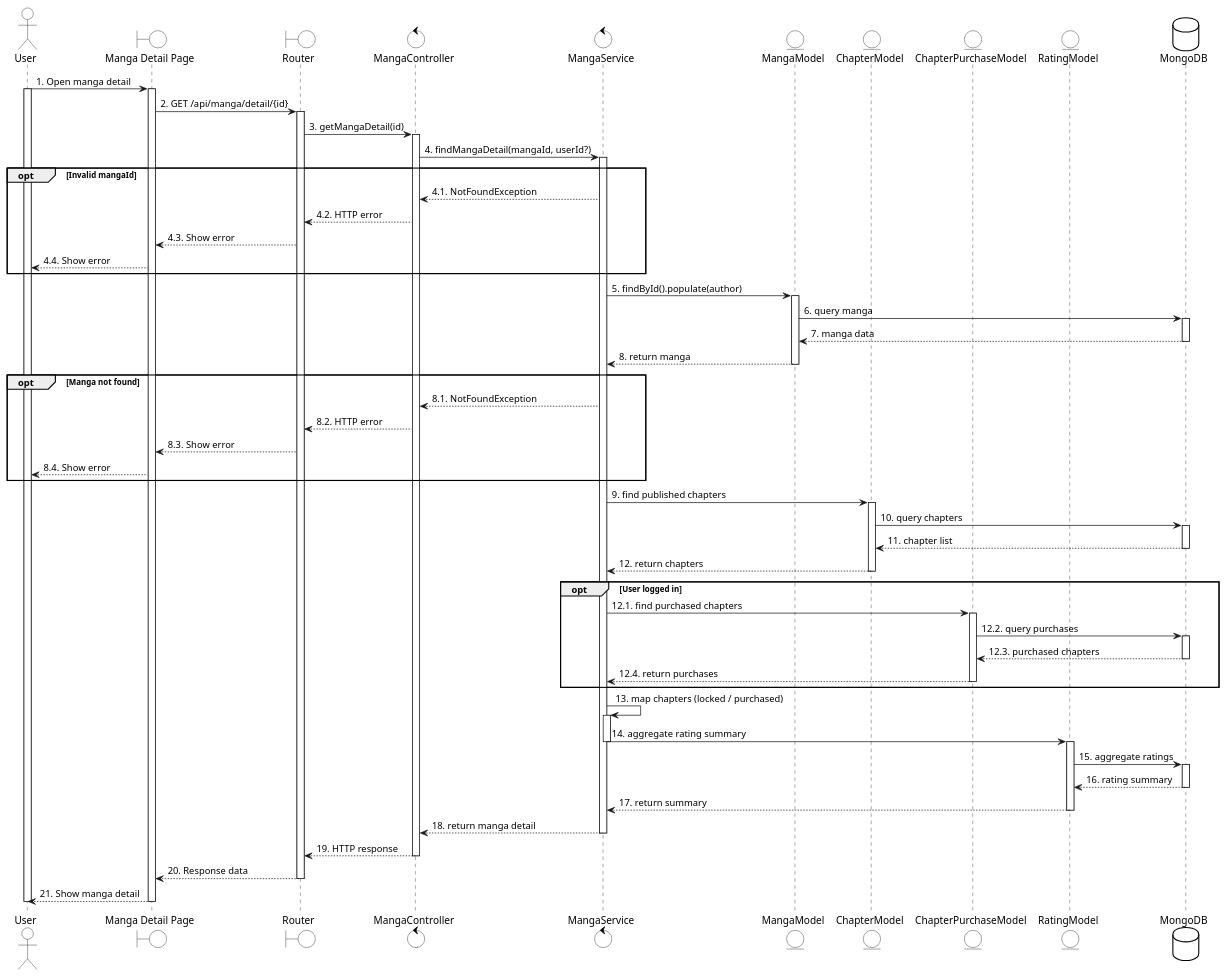
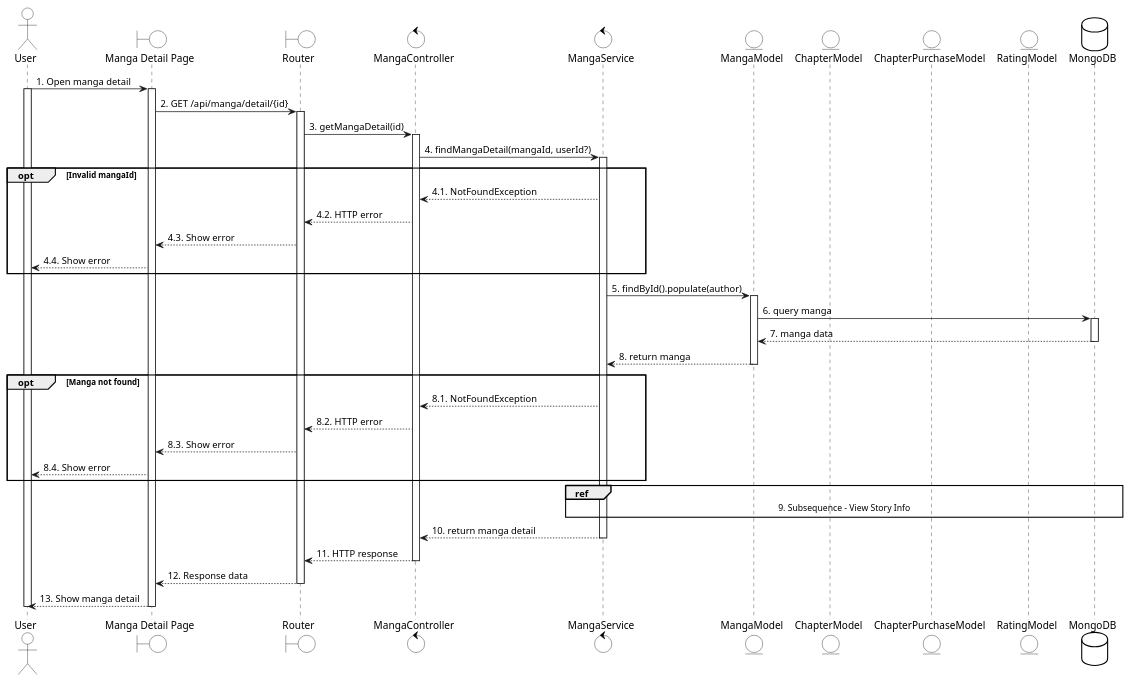
One commit to LGK1412/sequence_sep490_01 changed the diagram in uc26 - View Story Info.wsd. Above: the diagram before and after it, drawn with PlantUML. The commit also changed 159 other files, not shown here.

Commit message:
Update subsequence

```diff
--- a/uc26 - View Story Info.wsd
+++ b/uc26 - View Story Info.wsd
@@ -1,105 +1,77 @@
 @startuml
 skinparam {
   ActorBackgroundColor #FFFFFF
   BoundaryBackgroundColor #FFFFFF
   ControlBackgroundColor #FFFFFF
   EntityBackgroundColor #FFFFFF
   DatabaseBackgroundColor #FFFFFF
   ActorBorderColor black
   BoundaryBorderColor black
   ControlBorderColor black
   EntityBorderColor black
   DatabaseBorderColor black
 }
 
 actor User
 boundary "Manga Detail Page" as UI
 boundary Router
 control MangaController
 control MangaService
 entity MangaModel
 entity ChapterModel
 entity ChapterPurchaseModel
 entity RatingModel
 database MongoDB
 
 User -> UI: 1. Open manga detail
 activate User
 activate UI
 
 UI -> Router: 2. GET /api/manga/detail/{id}
 activate Router
 
 Router -> MangaController: 3. getMangaDetail(id)
 activate MangaController
 
 MangaController -> MangaService: 4. findMangaDetail(mangaId, userId?)
 activate MangaService
 
 opt Invalid mangaId
   MangaService --> MangaController: 4.1. NotFoundException
   MangaController --> Router: 4.2. HTTP error
   Router --> UI: 4.3. Show error
   UI --> User: 4.4. Show error
 end
 
 MangaService -> MangaModel: 5. findById().populate(author)
 activate MangaModel
 MangaModel -> MongoDB: 6. query manga
 activate MongoDB
 MongoDB --> MangaModel: 7. manga data
 deactivate MongoDB
 MangaModel --> MangaService: 8. return manga
 deactivate MangaModel
 
 opt Manga not found
   MangaService --> MangaController: 8.1. NotFoundException
   MangaController --> Router: 8.2. HTTP error
   Router --> UI: 8.3. Show error
   UI --> User: 8.4. Show error
 end
 
-MangaService -> ChapterModel: 9. find published chapters
-activate ChapterModel
-ChapterModel -> MongoDB: 10. query chapters
-activate MongoDB
-MongoDB --> ChapterModel: 11. chapter list
-deactivate MongoDB
-ChapterModel --> MangaService: 12. return chapters
-deactivate ChapterModel
+ref over MangaService, ChapterModel, ChapterPurchaseModel, RatingModel, MongoDB
+  9. Subsequence - View Story Info
+end ref
 
-opt User logged in
-  MangaService -> ChapterPurchaseModel: 12.1. find purchased chapters
-  activate ChapterPurchaseModel
-  ChapterPurchaseModel -> MongoDB: 12.2. query purchases
-  activate MongoDB
-  MongoDB --> ChapterPurchaseModel: 12.3. purchased chapters
-  deactivate MongoDB
-  ChapterPurchaseModel --> MangaService: 12.4. return purchases
-  deactivate ChapterPurchaseModel
-end
-
-MangaService -> MangaService: 13. map chapters (locked / purchased)
-activate MangaService
-MangaService -> RatingModel: 14. aggregate rating summary
-deactivate MangaService
-activate RatingModel
-RatingModel -> MongoDB: 15. aggregate ratings
-activate MongoDB
-MongoDB --> RatingModel: 16. rating summary
-deactivate MongoDB
-RatingModel --> MangaService: 17. return summary
-deactivate RatingModel
-
-MangaService --> MangaController: 18. return manga detail
+MangaService --> MangaController: 10. return manga detail
 deactivate MangaService
 
-MangaController --> Router: 19. HTTP response
+MangaController --> Router: 11. HTTP response
 deactivate MangaController
 
-Router --> UI: 20. Response data
+Router --> UI: 12. Response data
 deactivate Router
-UI --> User: 21. Show manga detail
+UI --> User: 13. Show manga detail
 deactivate UI
 deactivate User
 @enduml
```
